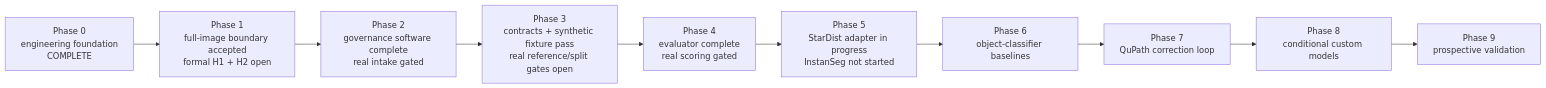
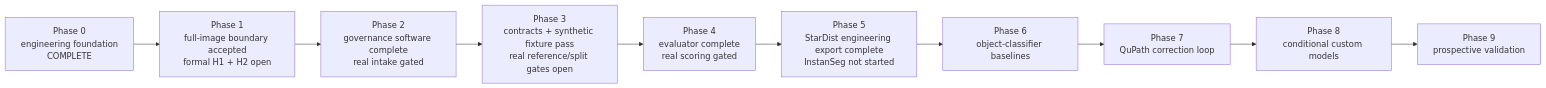
The second of 2 diagrams in README.md (xorca0711/IFQuant-Platform), drawn with Mermaid before and after one commit. The commit also changed other lines of this file and 50 other files, not shown here.

````diff
--- a/README.md
+++ b/README.md
@@ -186,15 +208,15 @@
 ```mermaid
 flowchart LR
     P0["Phase 0<br/>engineering foundation<br/>COMPLETE"]
     P1["Phase 1<br/>full-image boundary accepted<br/>formal H1 + H2 open"]
     P2["Phase 2<br/>governance software complete<br/>real intake gated"]
     P3["Phase 3<br/>contracts + synthetic fixture pass<br/>real reference/split gates open"]
     P4["Phase 4<br/>evaluator complete<br/>real scoring gated"]
-    P5["Phase 5<br/>StarDist adapter in progress<br/>InstanSeg not started"]
+    P5["Phase 5<br/>StarDist engineering export complete<br/>InstanSeg not started"]
     P6["Phase 6<br/>object-classifier baselines"]
     P7["Phase 7<br/>QuPath correction loop"]
     P8["Phase 8<br/>conditional custom models"]
     P9["Phase 9<br/>prospective validation"]
 
     P0 --> P1 --> P2 --> P3 --> P4 --> P5 --> P6 --> P7 --> P8 --> P9
 ```
````
